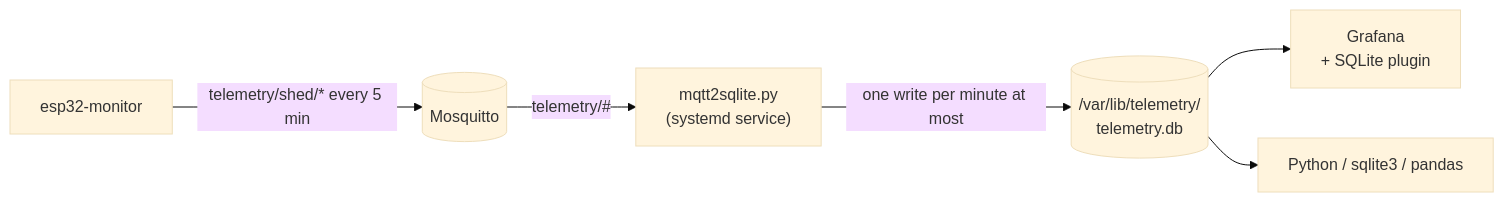
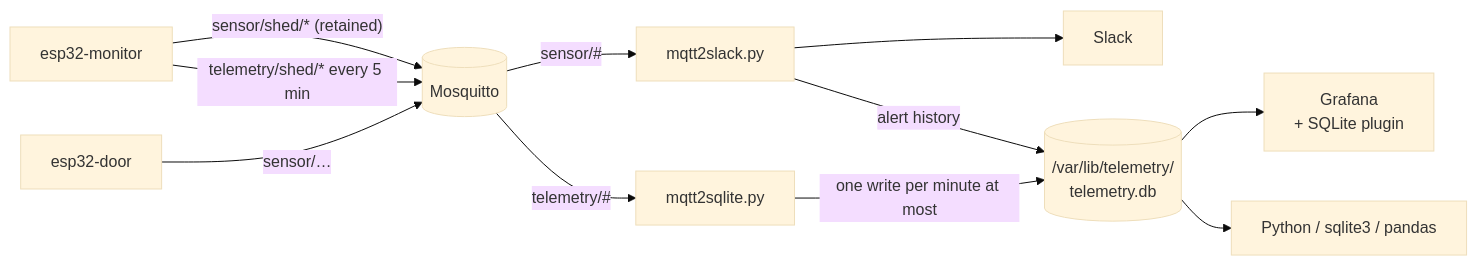
One commit to dfannin/iot-platform changed the diagram in services/README.md. Above: the diagram before and after it, drawn with Mermaid (base theme). The commit also changed other lines of this file and 5 other files, not shown here.

First line of the commit message:
Add mqtt2slack alert service to replace the Node-RED flow

````diff
--- a/services/README.md
+++ b/services/README.md
@@ -5,8 +10,13 @@
 ```mermaid
 flowchart LR
-  E[esp32-monitor] -- "telemetry/shed/* every 5 min" --> B[(Mosquitto)]
-  B -- "telemetry/#" --> I["mqtt2sqlite.py<br/>(systemd service)"]
+  E[esp32-monitor] -- "sensor/shed/* (retained)" --> B[(Mosquitto)]
+  D[esp32-door] -- "sensor/…" --> B
+  E -- "telemetry/shed/* every 5 min" --> B
+  B -- "sensor/#" --> A["mqtt2slack.py"]
+  A --> SL[Slack]
+  A -- "alert history" --> DB
+  B -- "telemetry/#" --> I["mqtt2sqlite.py"]
   I -- "one write per minute at most" --> DB[("/var/lib/telemetry/<br/>telemetry.db")]
   DB --> G["Grafana<br/>+ SQLite plugin"]
   DB --> P["Python / sqlite3 / pandas"]
 ```
````
